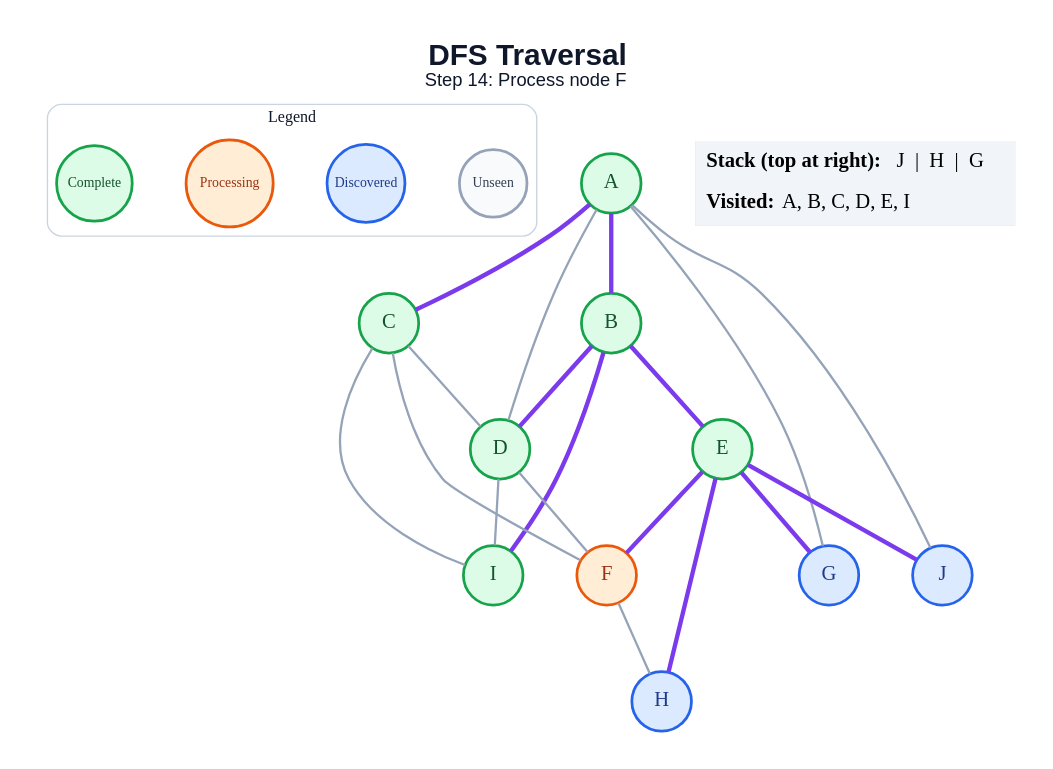
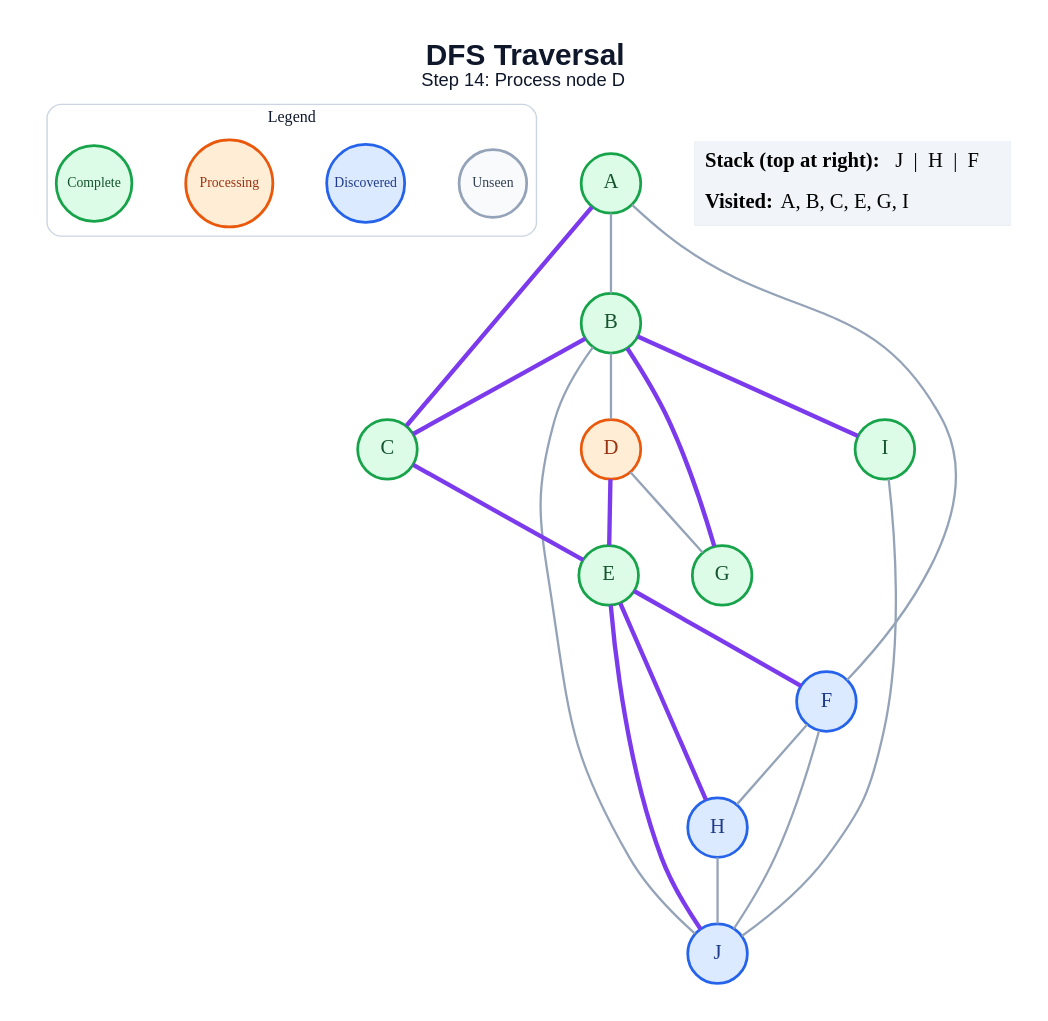
One commit to amanghodawala9/ai-slop changed the diagram in generated/specific-node/dfs/step_14.dot. Above: the diagram before and after it, drawn with Graphviz. The commit also changed 178 other files, not shown here.

```diff
--- a/generated/specific-node/dfs/step_14.dot
+++ b/generated/specific-node/dfs/step_14.dot
@@ -1,47 +1,47 @@
 graph traversal {
   graph [layout=dot, rankdir=TB, bgcolor="#FFFFFF", pad="0.35", nodesep="0.65", ranksep="0.8", fontname="Arial"];
   node [shape=circle, style="filled", fontname="Arial Bold", fontsize=18, width=0.72, fixedsize=true, penwidth=2.4];
   edge [color="#94A3B8", penwidth=2.0];
-  label=<<B>DFS Traversal</B><BR/><FONT POINT-SIZE="16">Step 14: Process node F</FONT>>; labelloc="t"; fontsize=26; fontname="Arial"; fontcolor="#0F172A";
+  label=<<B>DFS Traversal</B><BR/><FONT POINT-SIZE="16">Step 14: Process node D</FONT>>; labelloc="t"; fontsize=26; fontname="Arial"; fontcolor="#0F172A";
   subgraph cluster_legend { label="Legend"; color="#CBD5E1"; penwidth=1.2; style="rounded"; fontsize=14; fontname="Arial Bold";
     key_unseen [label="Unseen", fillcolor="#F8FAFC", color="#94A3B8", fontcolor="#334155", fontsize=12, width=0.82];
     key_frontier [label="Discovered", fillcolor="#DBEAFE", color="#2563EB", fontcolor="#1E3A8A", fontsize=12, width=0.95];
     key_current [label="Processing", fillcolor="#FFEDD5", color="#EA580C", fontcolor="#9A3412", fontsize=12, width=1.05];
     key_done [label="Complete", fillcolor="#DCFCE7", color="#16A34A", fontcolor="#14532D", fontsize=12, width=0.92];
     { rank=same; key_unseen; key_frontier; key_current; key_done; }
   }
   A [fillcolor="#DCFCE7", color="#16A34A", fontcolor="#14532D"];
   B [fillcolor="#DCFCE7", color="#16A34A", fontcolor="#14532D"];
   C [fillcolor="#DCFCE7", color="#16A34A", fontcolor="#14532D"];
-  D [fillcolor="#DCFCE7", color="#16A34A", fontcolor="#14532D"];
+  D [fillcolor="#FFEDD5", color="#EA580C", fontcolor="#9A3412"];
   E [fillcolor="#DCFCE7", color="#16A34A", fontcolor="#14532D"];
-  F [fillcolor="#FFEDD5", color="#EA580C", fontcolor="#9A3412"];
-  G [fillcolor="#DBEAFE", color="#2563EB", fontcolor="#1E3A8A"];
+  F [fillcolor="#DBEAFE", color="#2563EB", fontcolor="#1E3A8A"];
+  G [fillcolor="#DCFCE7", color="#16A34A", fontcolor="#14532D"];
   H [fillcolor="#DBEAFE", color="#2563EB", fontcolor="#1E3A8A"];
   I [fillcolor="#DCFCE7", color="#16A34A", fontcolor="#14532D"];
   J [fillcolor="#DBEAFE", color="#2563EB", fontcolor="#1E3A8A"];
-  A -- B [color="#7C3AED", penwidth=3.8];
+  A -- B;
   A -- C [color="#7C3AED", penwidth=3.8];
-  A -- D;
-  A -- G;
-  A -- J;
-  B -- D [color="#7C3AED", penwidth=3.8];
-  B -- E [color="#7C3AED", penwidth=3.8];
+  A -- F;
+  B -- C [color="#7C3AED", penwidth=3.8];
+  B -- D;
+  B -- G [color="#7C3AED", penwidth=3.8];
   B -- I [color="#7C3AED", penwidth=3.8];
-  C -- D;
-  C -- F;
-  C -- I;
-  D -- F;
-  D -- I;
+  B -- J;
+  C -- E [color="#7C3AED", penwidth=3.8];
+  D -- E [color="#7C3AED", penwidth=3.8];
+  D -- G;
   E -- F [color="#7C3AED", penwidth=3.8];
-  E -- G [color="#7C3AED", penwidth=3.8];
   E -- H [color="#7C3AED", penwidth=3.8];
   E -- J [color="#7C3AED", penwidth=3.8];
   F -- H;
+  F -- J;
+  H -- J;
+  I -- J;
   status [shape=plain, fixedsize=false, width=0, height=0, margin=0, label=<
     <TABLE BORDER="0" CELLBORDER="0" CELLPADDING="7" BGCOLOR="#F1F5F9">
-      <TR><TD ALIGN="LEFT"><B>Stack (top at right):</B> J  |  H  |  G</TD></TR>
-      <TR><TD ALIGN="LEFT"><B>Visited:</B> A, B, C, D, E, I</TD></TR>
+      <TR><TD ALIGN="LEFT"><B>Stack (top at right):</B> J  |  H  |  F</TD></TR>
+      <TR><TD ALIGN="LEFT"><B>Visited:</B> A, B, C, E, G, I</TD></TR>
     </TABLE>
   >];
 }
```
